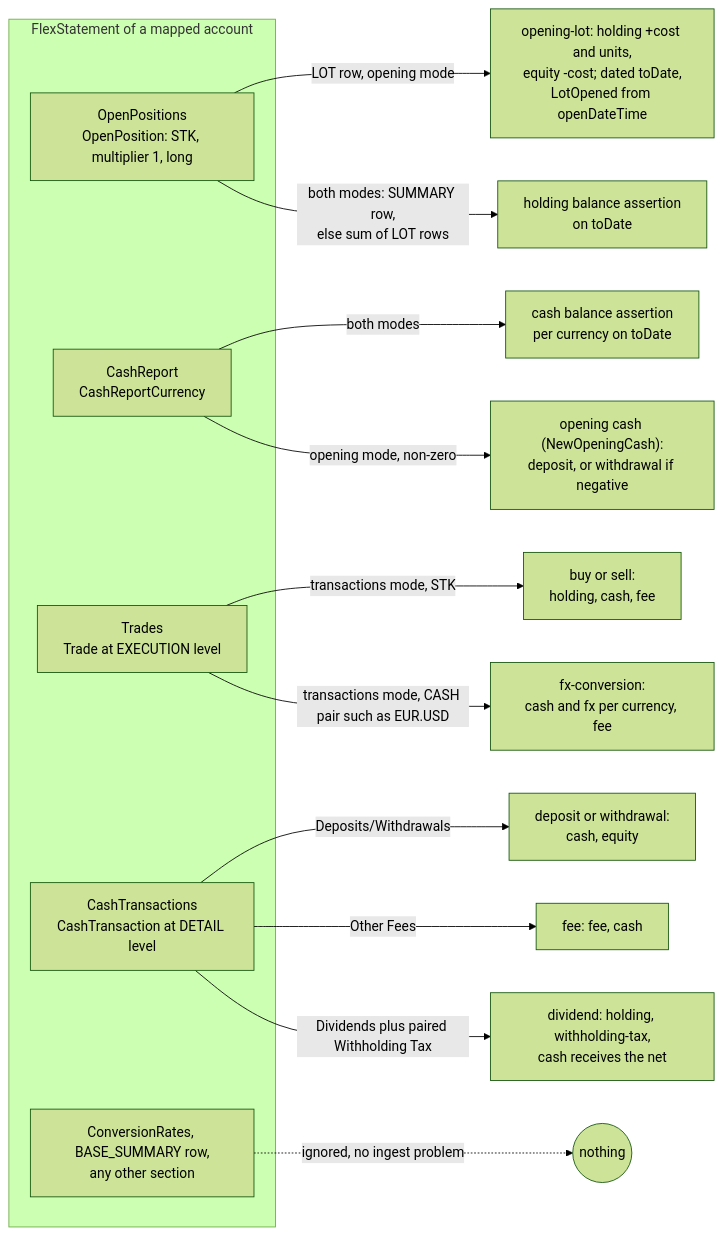
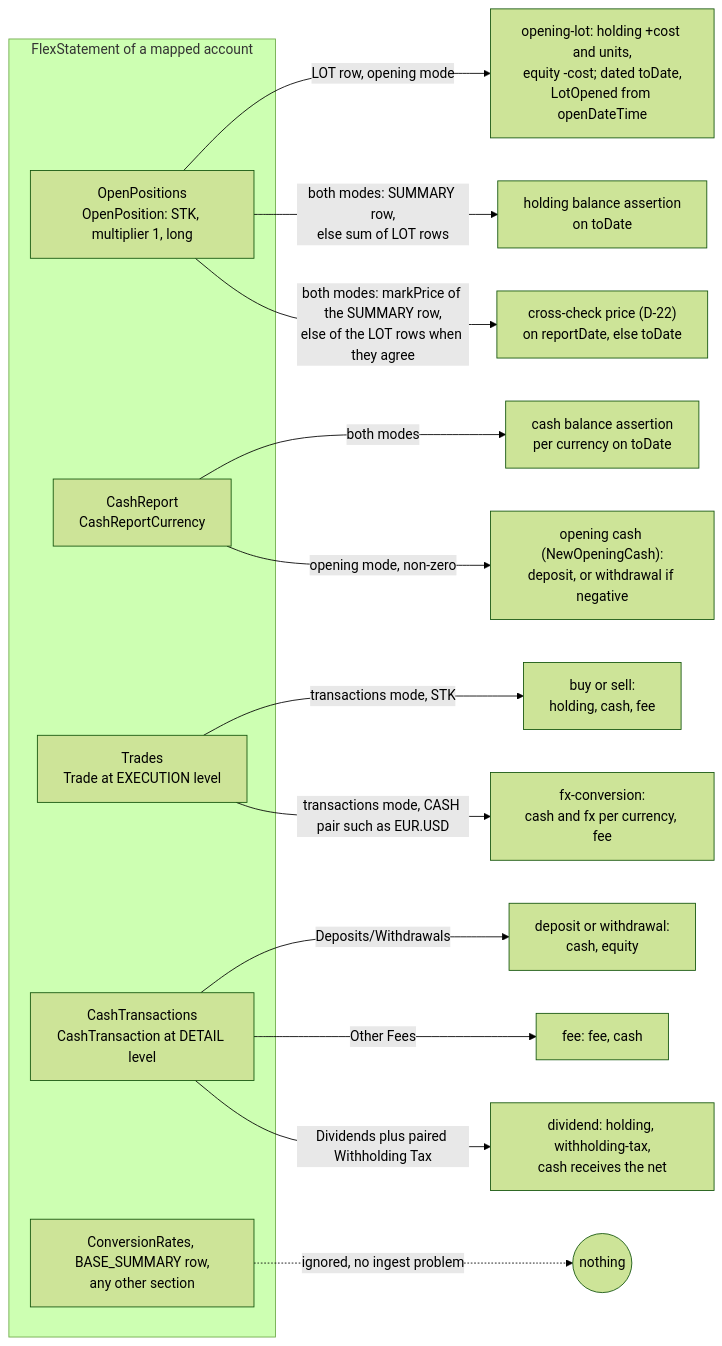
Before and after one commit to arkadiuss/openfief: the seventh of 7 diagrams in docs/concepts/ingest.md, drawn with Mermaid (forest theme). The commit also changed other lines of this file and 60 other files, not shown here.

First line of the commit message:
feat(ingest): IBKR mark prices delivered as cross-check prices (D-22)

````diff
--- a/docs/concepts/ingest.md
+++ b/docs/concepts/ingest.md
@@ -356,20 +358,21 @@
 ```mermaid
 flowchart LR
   subgraph flex["FlexStatement of a mapped account"]
     op["OpenPositions<br/>OpenPosition: STK, multiplier 1, long"]
     cr["CashReport<br/>CashReportCurrency"]
     tr["Trades<br/>Trade at EXECUTION level"]
     ct["CashTransactions<br/>CashTransaction at DETAIL level"]
     other["ConversionRates, BASE_SUMMARY row,<br/>any other section"]
   end
   op -- "LOT row, opening mode" --> lot["opening-lot: holding +cost and units,<br/>equity -cost; dated toDate,<br/>LotOpened from openDateTime"]
   op -- "both modes: SUMMARY row,<br/>else sum of LOT rows" --> ha["holding balance assertion<br/>on toDate"]
+  op -- "both modes: markPrice of the SUMMARY row,<br/>else of the LOT rows when they agree" --> xc["cross-check price (D-22)<br/>on reportDate, else toDate"]
   cr -- "both modes" --> ca["cash balance assertion<br/>per currency on toDate"]
   cr -- "opening mode, non-zero" --> oc["opening cash (NewOpeningCash):<br/>deposit, or withdrawal if negative"]
   tr -- "transactions mode, STK" --> bs["buy or sell:<br/>holding, cash, fee"]
   tr -- "transactions mode, CASH pair such as EUR.USD" --> fx["fx-conversion:<br/>cash and fx per currency, fee"]
   ct -- "Deposits/Withdrawals" --> dw["deposit or withdrawal:<br/>cash, equity"]
   ct -- "Other Fees" --> fe["fee: fee, cash"]
   ct -- "Dividends plus paired Withholding Tax" --> dv["dividend: holding, withholding-tax,<br/>cash receives the net"]
   other -. "ignored, no ingest problem" .-> none(("nothing"))
 ```
````
